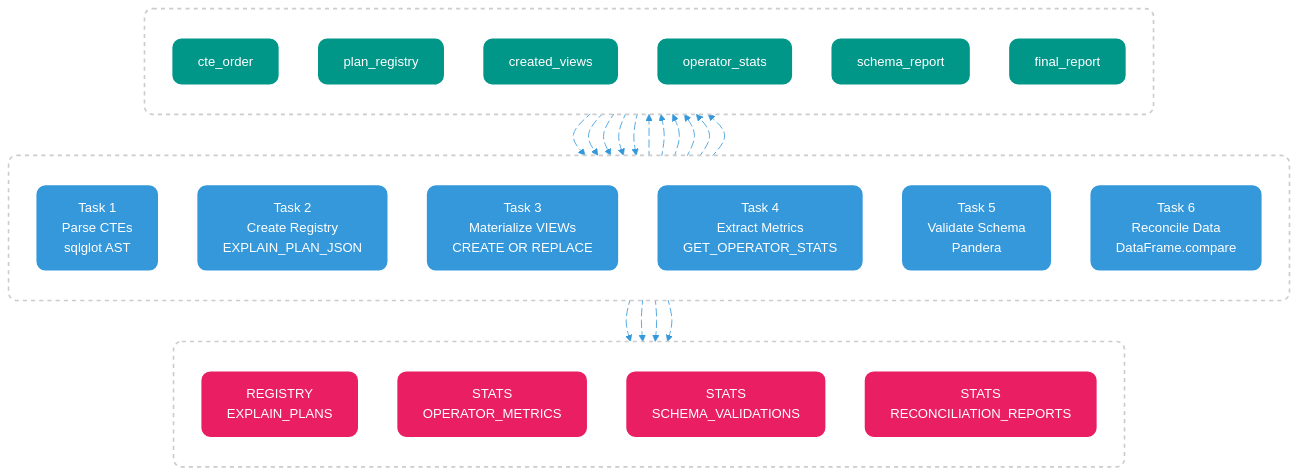
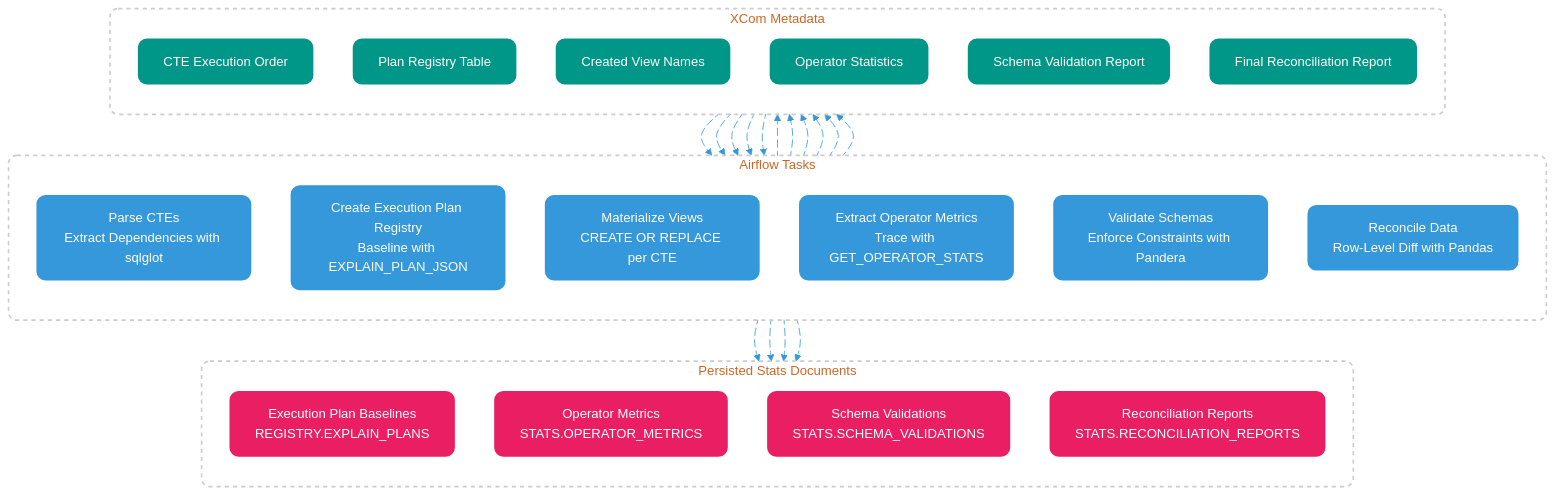
One commit to danielnmuner/danielnmuner.github.io changed the first of 2 diagrams in src/documents/black-box-intermediate-models.md. Above: the diagram before and after it, drawn with Mermaid. The commit also changed other lines of this file and 1 other file, not shown here.

Commit message:
feat: add Poppins font and enhance Mermaid diagram labels with clearer descriptions

````diff
--- a/src/documents/black-box-intermediate-models.md
+++ b/src/documents/black-box-intermediate-models.md
@@ -18,74 +18,74 @@
 ```mermaid
-%%{init: {'theme':'base', 'themeVariables': {'primaryColor':'#3498db','primaryTextColor':'#ffffff','primaryBorderColor':'#3498db','lineColor':'#3498db','secondaryColor':'#3498db','tertiaryColor':'#3498db','background':'#ffffff','mainBkg':'#ffffff','secondBkg':'#ffffff','tertiaryBkg':'#ffffff'}}}%%
+%%{init: {'theme':'base', 'themeVariables': {'primaryColor':'#3498db','primaryTextColor':'#ffffff','primaryBorderColor':'#3498db','lineColor':'#3498db','secondaryColor':'#3498db','tertiaryColor':'#3498db','background':'#ffffff','mainBkg':'#ffffff','secondBkg':'#ffffff','tertiaryBkg':'#ffffff','fontFamily':'Poppins, sans-serif'}}}%%
 flowchart TB
-    subgraph AIRFLOW[" "]
+    subgraph AIRFLOW["Airflow Tasks"]
         direction TB
-        T1["Task 1<br/>Parse CTEs<br/>sqlglot AST"]
-        T2["Task 2<br/>Create Registry<br/>EXPLAIN_PLAN_JSON"]
-        T3["Task 3<br/>Materialize VIEWs<br/>CREATE OR REPLACE"]
-        T4["Task 4<br/>Extract Metrics<br/>GET_OPERATOR_STATS"]
-        T5["Task 5<br/>Validate Schema<br/>Pandera"]
-        T6["Task 6<br/>Reconcile Data<br/>DataFrame.compare"]
+        T1["Parse CTEs<br/>Extract Dependencies with sqlglot"]
+        T2["Create Execution Plan Registry<br/>Baseline with EXPLAIN_PLAN_JSON"]
+        T3["Materialize Views<br/>CREATE OR REPLACE per CTE"]
+        T4["Extract Operator Metrics<br/>Trace with GET_OPERATOR_STATS"]
+        T5["Validate Schemas<br/>Enforce Constraints with Pandera"]
+        T6["Reconcile Data<br/>Row-Level Diff with Pandas"]
     end
     
-    subgraph XCOM[" "]
+    subgraph XCOM["XCom Metadata"]
         direction TB
-        X1["cte_order"]
-        X2["plan_registry"]
-        X3["created_views"]
-        X4["operator_stats"]
-        X5["schema_report"]
-        X6["final_report"]
+        X1["CTE Execution Order"]
+        X2["Plan Registry Table"]
+        X3["Created View Names"]
+        X4["Operator Statistics"]
+        X5["Schema Validation Report"]
+        X6["Final Reconciliation Report"]
     end
     
-    subgraph STATS[" "]
+    subgraph STATS["Persisted Stats Documents"]
         direction TB
-        S1["REGISTRY<br/>EXPLAIN_PLANS"]
-        S2["STATS<br/>OPERATOR_METRICS"]
-        S3["STATS<br/>SCHEMA_VALIDATIONS"]
-        S4["STATS<br/>RECONCILIATION_REPORTS"]
+        S1["Execution Plan Baselines<br/>REGISTRY.EXPLAIN_PLANS"]
+        S2["Operator Metrics<br/>STATS.OPERATOR_METRICS"]
+        S3["Schema Validations<br/>STATS.SCHEMA_VALIDATIONS"]
+        S4["Reconciliation Reports<br/>STATS.RECONCILIATION_REPORTS"]
     end
     
     T1 e1@--> X1
     X1 e2@--> T2
     T2 e3@--> X2
     X2 e4@--> T3
     T3 e5@--> X3
     X3 e6@--> T4
     T4 e7@--> X4
     X4 e8@--> T5
     T5 e9@--> X5
     X5 e10@--> T6
     T6 e11@--> X6
     
     T2 e12@--> S1
     T4 e13@--> S2
     T5 e14@--> S3
     T6 e15@--> S4
 
     classDef taskStyle fill:#3498db,stroke:#3498db,stroke-width:2px,color:#ffffff,rx:10,ry:10
     classDef xcomStyle fill:#009688,stroke:#009688,stroke-width:2px,color:#ffffff,rx:10,ry:10
     classDef statsStyle fill:#e91e63,stroke:#e91e63,stroke-width:2px,color:#ffffff,rx:10,ry:10
     classDef groupStyle fill:none,stroke:#cccccc,stroke-width:2px,stroke-dasharray: 5 5,rx:10,ry:10
     
     class T1,T2,T3,T4,T5,T6 taskStyle
     class X1,X2,X3,X4,X5,X6 xcomStyle
     class S1,S2,S3,S4 statsStyle
     class AIRFLOW,XCOM,STATS groupStyle
     
     e1@{ animate: true }
     e2@{ animate: true }
     e3@{ animate: true }
     e4@{ animate: true }
     e5@{ animate: true }
     e6@{ animate: true }
     e7@{ animate: true }
     e8@{ animate: true }
     e9@{ animate: true }
     e10@{ animate: true }
     e11@{ animate: true }
     e12@{ animate: true }
     e13@{ animate: true }
     e14@{ animate: true }
     e15@{ animate: true }
 ```
````
